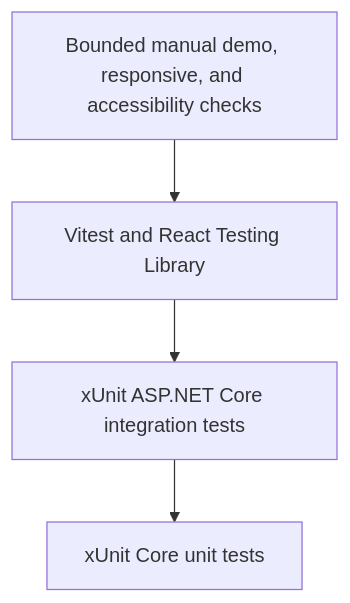
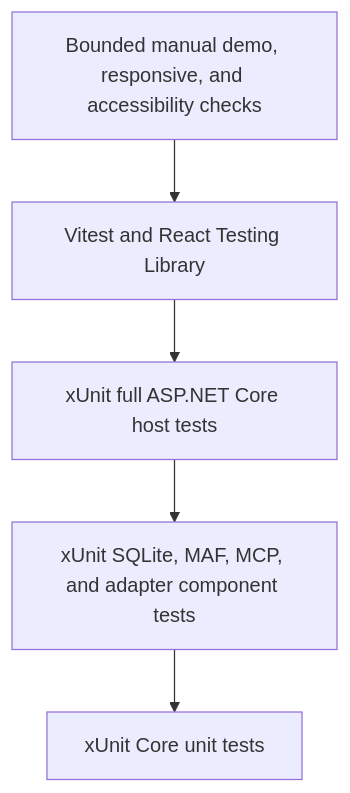
Before and after one commit to mariusz-kacz/production-access-request-assistant: the diagram in docs/testing-strategy.md, drawn with Mermaid. The commit also changed other lines of this file and 10 other files, not shown here.

Commit message:
Document teams flow

````diff
--- a/docs/testing-strategy.md
+++ b/docs/testing-strategy.md
@@ -27,11 +33,13 @@
 ```mermaid
 flowchart TB
     Manual[Bounded manual demo, responsive, and accessibility checks]
     UI[Vitest and React Testing Library]
-    Integration[xUnit ASP.NET Core integration tests]
+    FullHost[xUnit full ASP.NET Core host tests]
+    Component[xUnit SQLite, MAF, MCP, and adapter component tests]
     Unit[xUnit Core unit tests]
 
     Manual --> UI
-    UI --> Integration
-    Integration --> Unit
+    UI --> FullHost
+    FullHost --> Component
+    Component --> Unit
 ```
````
